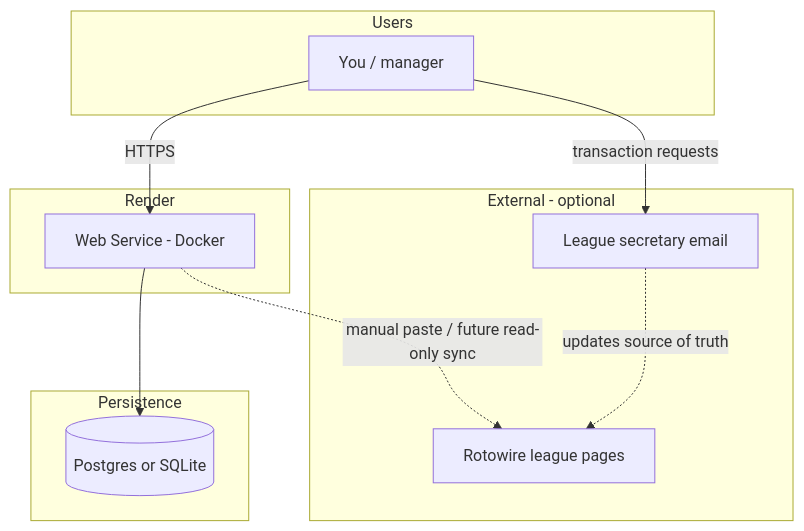
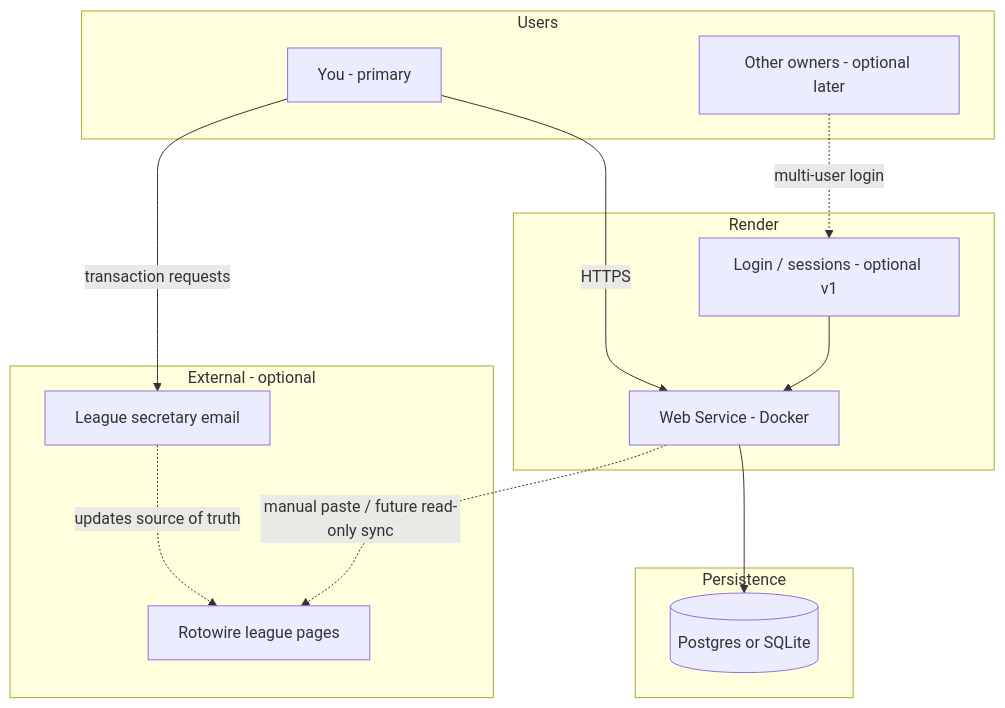
One commit to sergehb-git/siddfinch changed the second of 4 diagrams in plans/league-manager-render-docker.md. Above: the diagram before and after it, drawn with Mermaid. The commit also changed other lines of this file and 1 other file, not shown here.

````diff
--- a/plans/league-manager-render-docker.md
+++ b/plans/league-manager-render-docker.md
@@ -74,25 +141,29 @@
 ```mermaid
 flowchart TB
   subgraph users [Users]
-    U[You / manager]
+    Y[You - primary]
+    O[Other owners - optional later]
   end
 
   subgraph render [Render]
     W[Web Service - Docker]
+    A[Login / sessions - optional v1]
   end
 
   subgraph data [Persistence]
     DB[(Postgres or SQLite)]
   end
 
   subgraph external [External - optional]
     RW[Rotowire league pages]
     SEC[League secretary email]
   end
 
-  U -->|HTTPS| W
+  Y -->|HTTPS| W
+  O -.->|multi-user login| A
+  A --> W
   W --> DB
   W -.->|manual paste / future read-only sync| RW
-  U -->|transaction requests| SEC
+  Y -->|transaction requests| SEC
   SEC -.->|updates source of truth| RW
 ```
````
